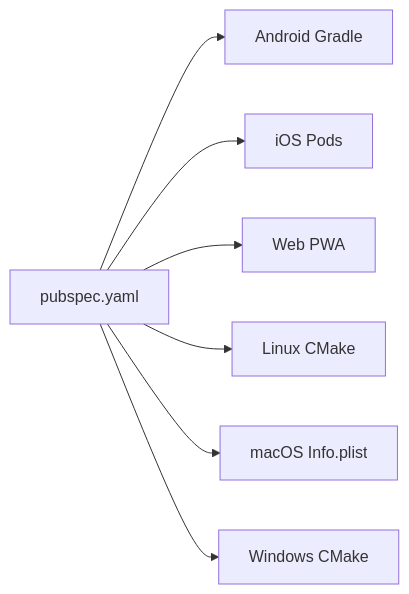
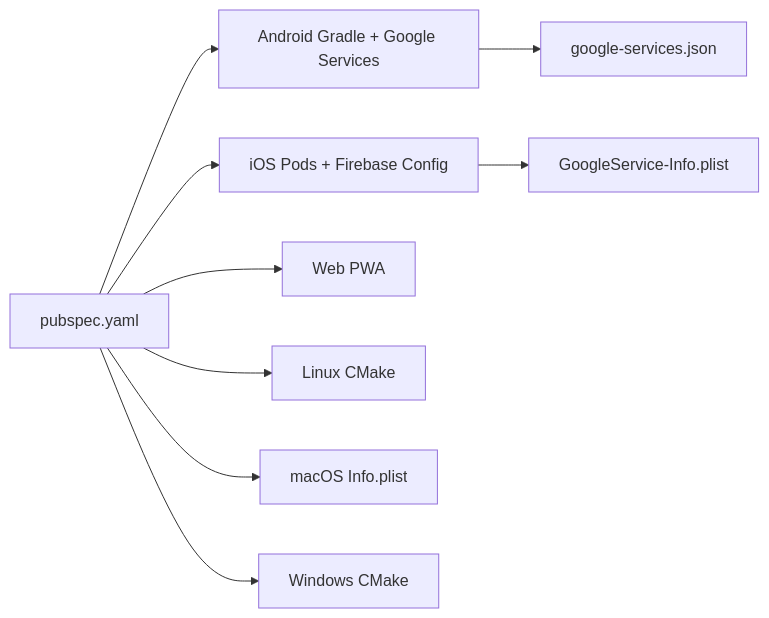
One commit to Ariful3111/FurniGo changed the eighth of 8 diagrams in .qoder/repowiki/en/content/Platform-Specific Implementation/Platform-Specific Implementation.md. Above: the diagram before and after it, drawn with Mermaid. The commit also changed other lines of this file and 12 other files, not shown here.

````diff
--- a/.qoder/repowiki/en/content/Platform-Specific Implementation/Platform-Specific Implementation.md
+++ b/.qoder/repowiki/en/content/Platform-Specific Implementation/Platform-Specific Implementation.md
@@ -270,9 +372,11 @@
 ```mermaid
 graph LR
-P["pubspec.yaml"] --> A["Android Gradle"]
-P --> I["iOS Pods"]
+P["pubspec.yaml"] --> A["Android Gradle + Google Services"]
+P --> I["iOS Pods + Firebase Config"]
 P --> W["Web PWA"]
 P --> L["Linux CMake"]
 P --> MAC["macOS Info.plist"]
 P --> WIN["Windows CMake"]
+A --> GS["google-services.json"]
+I --> GSI["GoogleService-Info.plist"]
 ```
````
